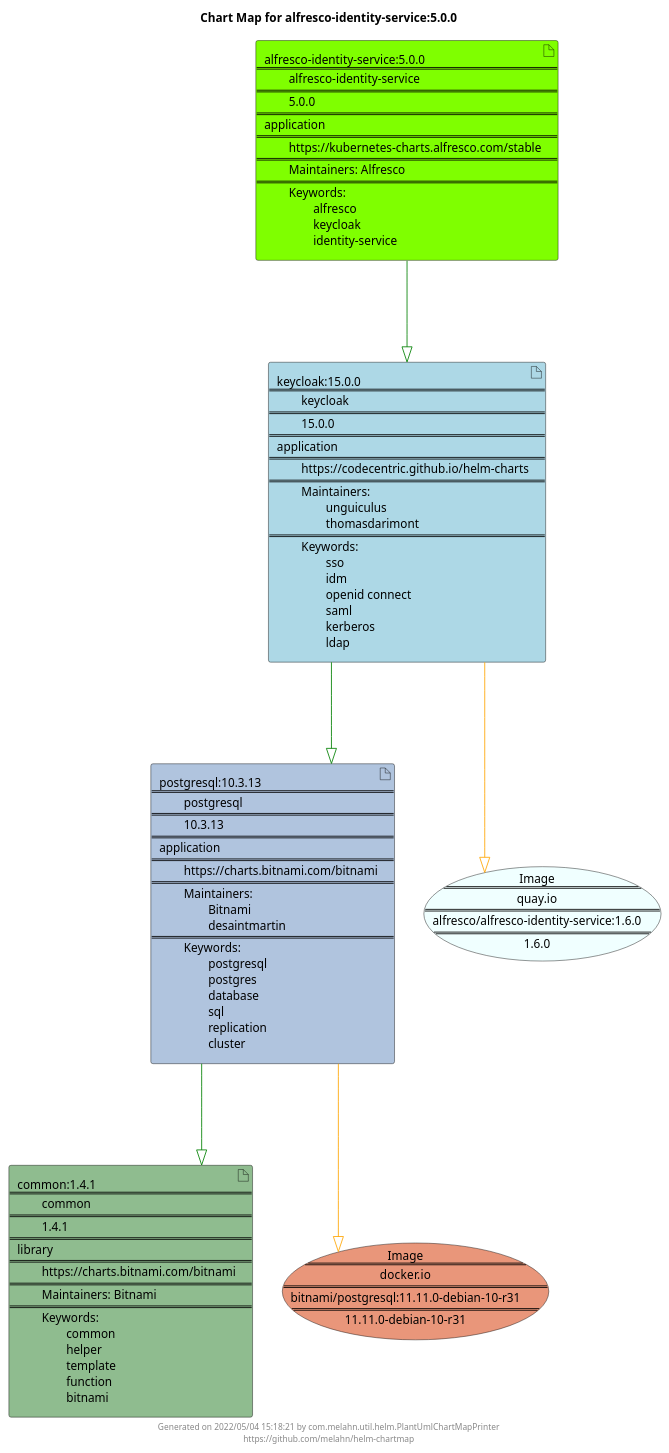
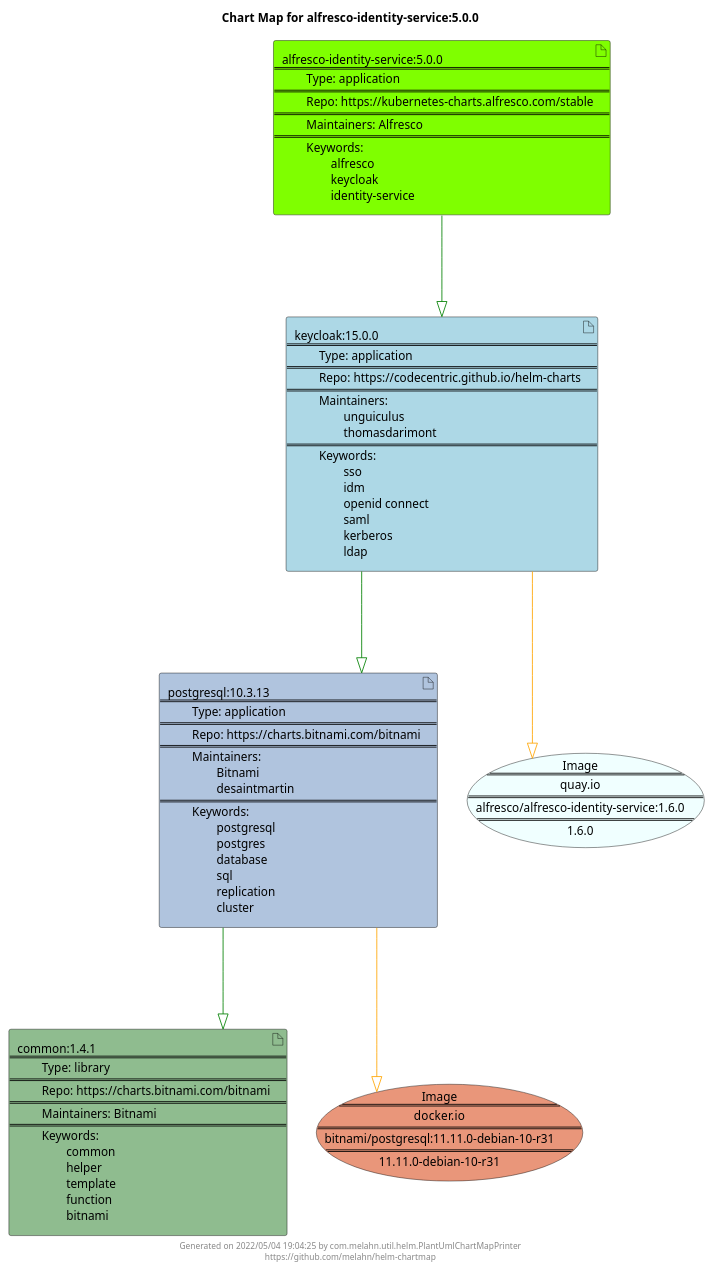
Before and after one commit to melahn/helm-chartmap: the diagram in docs/alfresco-identity-service/alfresco-identity-service-5.0.0.puml, drawn with PlantUML. The commit also changed 54 other files, not shown here.

Commit message:
Update Example Chart Maps as part of GitHub build

```diff
--- a/docs/alfresco-identity-service/alfresco-identity-service-5.0.0.puml
+++ b/docs/alfresco-identity-service/alfresco-identity-service-5.0.0.puml
@@ -1,29 +1,29 @@
 @startuml
 skinparam linetype ortho
 skinparam backgroundColor white
 skinparam usecaseBorderColor black
 skinparam usecaseArrowColor LightSlateGray
 skinparam artifactBorderColor black
 skinparam artifactArrowColor LightSlateGray
 
 title Chart Map for alfresco-identity-service:5.0.0
 
 'There are 4 referenced Helm Charts
-artifact "common:1.4.1\n====\n\tcommon\n====\n\t1.4.1\n====\nlibrary\n====\n\thttps://charts.bitnami.com/bitnami\n====\n\tMaintainers: Bitnami\n====\n\tKeywords: \n\t\tcommon\n\t\thelper\n\t\ttemplate\n\t\tfunction\n\t\tbitnami" as common_1_4_1 #DarkSeaGreen
-artifact "alfresco-identity-service:5.0.0\n====\n\talfresco-identity-service\n====\n\t5.0.0\n====\napplication\n====\n\thttps://kubernetes-charts.alfresco.com/stable\n====\n\tMaintainers: Alfresco\n====\n\tKeywords: \n\t\talfresco\n\t\tkeycloak\n\t\tidentity-service" as alfresco_identity_service_5_0_0 #Chartreuse
-artifact "postgresql:10.3.13\n====\n\tpostgresql\n====\n\t10.3.13\n====\napplication\n====\n\thttps://charts.bitnami.com/bitnami\n====\n\tMaintainers: \n\t\tBitnami\n\t\tdesaintmartin\n====\n\tKeywords: \n\t\tpostgresql\n\t\tpostgres\n\t\tdatabase\n\t\tsql\n\t\treplication\n\t\tcluster" as postgresql_10_3_13 #LightSteelBlue
-artifact "keycloak:15.0.0\n====\n\tkeycloak\n====\n\t15.0.0\n====\napplication\n====\n\thttps://codecentric.github.io/helm-charts\n====\n\tMaintainers: \n\t\tunguiculus\n\t\tthomasdarimont\n====\n\tKeywords: \n\t\tsso\n\t\tidm\n\t\topenid connect\n\t\tsaml\n\t\tkerberos\n\t\tldap" as keycloak_15_0_0 #LightBlue
+artifact "common:1.4.1\n====\n\tType: library\n====\n\tRepo: https://charts.bitnami.com/bitnami\n====\n\tMaintainers: Bitnami\n====\n\tKeywords: \n\t\tcommon\n\t\thelper\n\t\ttemplate\n\t\tfunction\n\t\tbitnami" as common_1_4_1 #DarkSeaGreen
+artifact "alfresco-identity-service:5.0.0\n====\n\tType: application\n====\n\tRepo: https://kubernetes-charts.alfresco.com/stable\n====\n\tMaintainers: Alfresco\n====\n\tKeywords: \n\t\talfresco\n\t\tkeycloak\n\t\tidentity-service" as alfresco_identity_service_5_0_0 #Chartreuse
+artifact "postgresql:10.3.13\n====\n\tType: application\n====\n\tRepo: https://charts.bitnami.com/bitnami\n====\n\tMaintainers: \n\t\tBitnami\n\t\tdesaintmartin\n====\n\tKeywords: \n\t\tpostgresql\n\t\tpostgres\n\t\tdatabase\n\t\tsql\n\t\treplication\n\t\tcluster" as postgresql_10_3_13 #LightSteelBlue
+artifact "keycloak:15.0.0\n====\n\tType: application\n====\n\tRepo: https://codecentric.github.io/helm-charts\n====\n\tMaintainers: \n\t\tunguiculus\n\t\tthomasdarimont\n====\n\tKeywords: \n\t\tsso\n\t\tidm\n\t\topenid connect\n\t\tsaml\n\t\tkerberos\n\t\tldap" as keycloak_15_0_0 #LightBlue
 
 'There are 2 referenced Docker Images
 usecase "Image\n====\nquay.io\n====\nalfresco/alfresco-identity-service:1.6.0\n====\n1.6.0" as quay_io_alfresco_alfresco_identity_service_1_6_0 #Azure
 usecase "Image\n====\ndocker.io\n====\nbitnami/postgresql:11.11.0-debian-10-r31\n====\n11.11.0-debian-10-r31" as docker_io_bitnami_postgresql_11_11_0_debian_10_r31 #DarkSalmon
 
 'Chart Dependencies
 alfresco_identity_service_5_0_0--[#green]-|>keycloak_15_0_0
 keycloak_15_0_0--[#green]-|>postgresql_10_3_13
 postgresql_10_3_13--[#green]-|>common_1_4_1
 postgresql_10_3_13--[#orange]-|>docker_io_bitnami_postgresql_11_11_0_debian_10_r31
 keycloak_15_0_0--[#orange]-|>quay_io_alfresco_alfresco_identity_service_1_6_0
 
-center footer Generated on 2022/05/04 15:18:21 by com.melahn.util.helm.PlantUmlChartMapPrinter\nhttps://github.com/melahn/helm-chartmap
+center footer Generated on 2022/05/04 19:04:25 by com.melahn.util.helm.PlantUmlChartMapPrinter\nhttps://github.com/melahn/helm-chartmap
 @enduml
```
